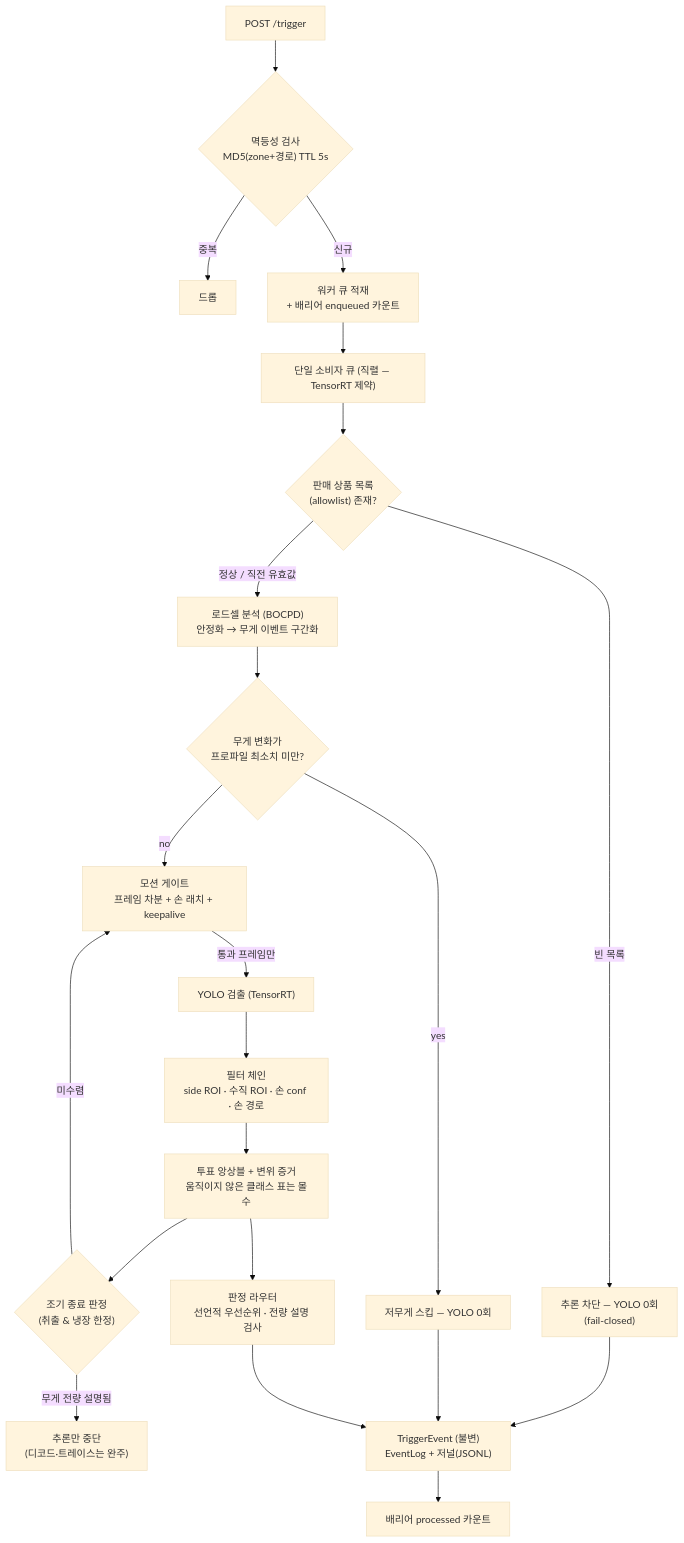
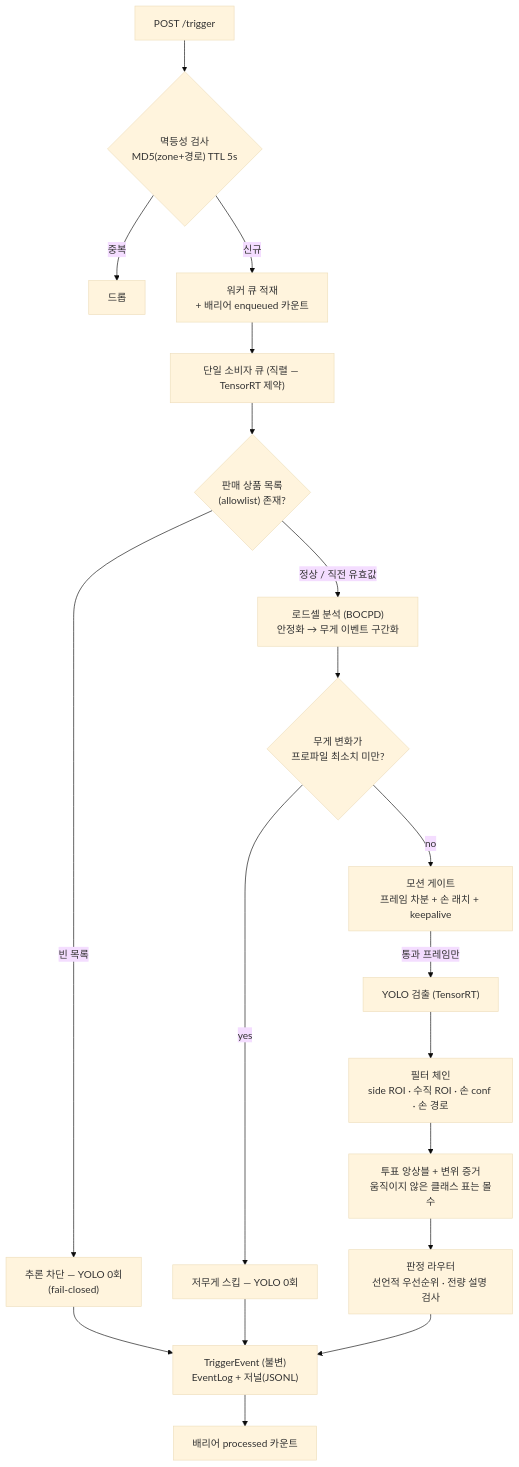
Before and after one commit to CHAI-Student/CRK-model-HG: the third of 5 diagrams in docs/02-system-architecture.md, drawn with Mermaid (base theme). The commit also changed other lines of this file and 60 other files, not shown here.

````diff
--- a/docs/02-system-architecture.md
+++ b/docs/02-system-architecture.md
@@ -111,27 +110,23 @@
 ```mermaid
 flowchart TD
     T["POST /trigger"] --> IDEM{"멱등성 검사<br/>MD5(zone+경로) TTL 5s"}
     IDEM -- 중복 --> DROP["드롭"]
     IDEM -- 신규 --> ENQ["워커 큐 적재<br/>+ 배리어 enqueued 카운트"]
     ENQ --> Q["단일 소비자 큐 (직렬 — TensorRT 제약)"]
 
     Q --> SNAP{"판매 상품 목록<br/>(allowlist) 존재?"}
     SNAP -- "빈 목록" --> FC["추론 차단 — YOLO 0회<br/>(fail-closed)"]
     SNAP -- "정상 / 직전 유효값" --> LC["로드셀 분석 (BOCPD)<br/>안정화 → 무게 이벤트 구간화"]
 
     LC --> LW{"무게 변화가<br/>프로파일 최소치 미만?"}
     LW -- yes --> SKIP["저무게 스킵 — YOLO 0회"]
     LW -- no --> MG["모션 게이트<br/>프레임 차분 + 손 래치 + keepalive"]
     MG -- "통과 프레임만" --> DET["YOLO 검출 (TensorRT)"]
     DET --> FILT["필터 체인<br/>side ROI · 수직 ROI · 손 conf · 손 경로"]
     FILT --> VOTE["투표 앙상블 + 변위 증거<br/>움직이지 않은 클래스 표는 몰수"]
-    VOTE --> ET{"조기 종료 판정<br/>(취출 & 냉장 한정)"}
-    ET -- "무게 전량 설명됨" --> STOP["추론만 중단<br/>(디코드·트레이스는 완주)"]
-    ET -- 미수렴 --> MG
-
     VOTE --> RT["판정 라우터<br/>선언적 우선순위 · 전량 설명 검사"]
     FC --> EV
     SKIP --> EV
     RT --> EV["TriggerEvent (불변)<br/>EventLog + 저널(JSONL)"]
     EV --> PROC["배리어 processed 카운트"]
 ```
````
